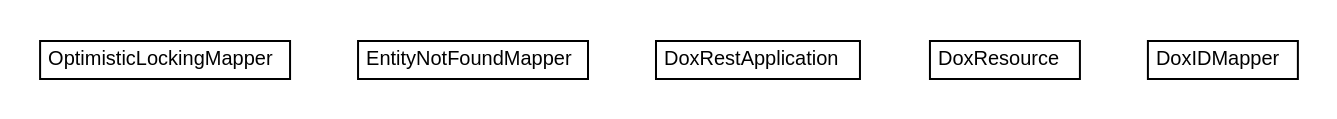
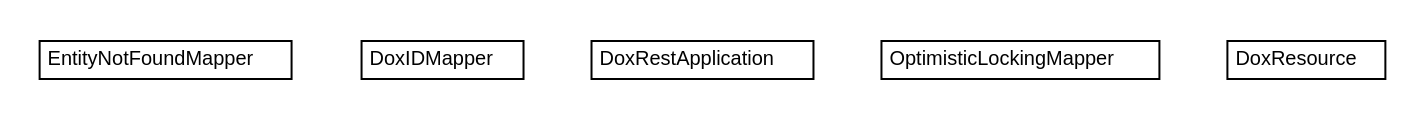
One commit to trajano/doxdb changed the diagram in doxdb-rest/apidocs/net/trajano/doxdb/rest/net.trajano.doxdb.rest.dot. Above: the diagram before and after it, drawn with Graphviz. The commit also changed 313 other files, not shown here.

```diff
--- a/doxdb-rest/apidocs/net/trajano/doxdb/rest/net.trajano.doxdb.rest.dot
+++ b/doxdb-rest/apidocs/net/trajano/doxdb/rest/net.trajano.doxdb.rest.dot
@@ -1,42 +1,42 @@
 #!/usr/local/bin/dot
 #
 # Class diagram 
 # Generated by UMLGraph version R5_6-24-gf6e263 (http://www.umlgraph.org/)
 #
 
 digraph G {
-	edge [fontname="arial",fontsize=10,labelfontname="arial",labelfontsize=10];
-	node [fontname="arial",fontsize=10,shape=plaintext];
+	edge [fontname="Helvetica",fontsize=10,labelfontname="Helvetica",labelfontsize=10];
+	node [fontname="Helvetica",fontsize=10,shape=plaintext];
 	nodesep=0.25;
 	ranksep=0.5;
+	// net.trajano.doxdb.rest.EntityNotFoundMapper
+	c156 [label=<<table title="net.trajano.doxdb.rest.EntityNotFoundMapper" border="0" cellborder="1" cellspacing="0" cellpadding="2" port="p" href="./EntityNotFoundMapper.html">
+		<tr><td><table border="0" cellspacing="0" cellpadding="1">
+<tr><td align="center" balign="center"> EntityNotFoundMapper </td></tr>
+		</table></td></tr>
+		</table>>, URL="./EntityNotFoundMapper.html", fontname="Helvetica", fontcolor="black", fontsize=10.0];
+	// net.trajano.doxdb.rest.DoxIDMapper
+	c157 [label=<<table title="net.trajano.doxdb.rest.DoxIDMapper" border="0" cellborder="1" cellspacing="0" cellpadding="2" port="p" href="./DoxIDMapper.html">
+		<tr><td><table border="0" cellspacing="0" cellpadding="1">
+<tr><td align="center" balign="center"> DoxIDMapper </td></tr>
+		</table></td></tr>
+		</table>>, URL="./DoxIDMapper.html", fontname="Helvetica", fontcolor="black", fontsize=10.0];
+	// net.trajano.doxdb.rest.DoxRestApplication
+	c158 [label=<<table title="net.trajano.doxdb.rest.DoxRestApplication" border="0" cellborder="1" cellspacing="0" cellpadding="2" port="p" href="./DoxRestApplication.html">
+		<tr><td><table border="0" cellspacing="0" cellpadding="1">
+<tr><td align="center" balign="center"> DoxRestApplication </td></tr>
+		</table></td></tr>
+		</table>>, URL="./DoxRestApplication.html", fontname="Helvetica", fontcolor="black", fontsize=10.0];
 	// net.trajano.doxdb.rest.OptimisticLockingMapper
-	c197 [label=<<table title="net.trajano.doxdb.rest.OptimisticLockingMapper" border="0" cellborder="1" cellspacing="0" cellpadding="2" port="p" href="./OptimisticLockingMapper.html">
+	c159 [label=<<table title="net.trajano.doxdb.rest.OptimisticLockingMapper" border="0" cellborder="1" cellspacing="0" cellpadding="2" port="p" href="./OptimisticLockingMapper.html">
 		<tr><td><table border="0" cellspacing="0" cellpadding="1">
 <tr><td align="center" balign="center"> OptimisticLockingMapper </td></tr>
 		</table></td></tr>
-		</table>>, URL="./OptimisticLockingMapper.html", fontname="arial", fontcolor="black", fontsize=10.0];
-	// net.trajano.doxdb.rest.EntityNotFoundMapper
-	c198 [label=<<table title="net.trajano.doxdb.rest.EntityNotFoundMapper" border="0" cellborder="1" cellspacing="0" cellpadding="2" port="p" href="./EntityNotFoundMapper.html">
-		<tr><td><table border="0" cellspacing="0" cellpadding="1">
-<tr><td align="center" balign="center"> EntityNotFoundMapper </td></tr>
-		</table></td></tr>
-		</table>>, URL="./EntityNotFoundMapper.html", fontname="arial", fontcolor="black", fontsize=10.0];
-	// net.trajano.doxdb.rest.DoxRestApplication
-	c199 [label=<<table title="net.trajano.doxdb.rest.DoxRestApplication" border="0" cellborder="1" cellspacing="0" cellpadding="2" port="p" href="./DoxRestApplication.html">
-		<tr><td><table border="0" cellspacing="0" cellpadding="1">
-<tr><td align="center" balign="center"> DoxRestApplication </td></tr>
-		</table></td></tr>
-		</table>>, URL="./DoxRestApplication.html", fontname="arial", fontcolor="black", fontsize=10.0];
+		</table>>, URL="./OptimisticLockingMapper.html", fontname="Helvetica", fontcolor="black", fontsize=10.0];
 	// net.trajano.doxdb.rest.DoxResource
-	c200 [label=<<table title="net.trajano.doxdb.rest.DoxResource" border="0" cellborder="1" cellspacing="0" cellpadding="2" port="p" href="./DoxResource.html">
+	c160 [label=<<table title="net.trajano.doxdb.rest.DoxResource" border="0" cellborder="1" cellspacing="0" cellpadding="2" port="p" href="./DoxResource.html">
 		<tr><td><table border="0" cellspacing="0" cellpadding="1">
 <tr><td align="center" balign="center"> DoxResource </td></tr>
 		</table></td></tr>
-		</table>>, URL="./DoxResource.html", fontname="arial", fontcolor="black", fontsize=10.0];
-	// net.trajano.doxdb.rest.DoxIDMapper
-	c201 [label=<<table title="net.trajano.doxdb.rest.DoxIDMapper" border="0" cellborder="1" cellspacing="0" cellpadding="2" port="p" href="./DoxIDMapper.html">
-		<tr><td><table border="0" cellspacing="0" cellpadding="1">
-<tr><td align="center" balign="center"> DoxIDMapper </td></tr>
-		</table></td></tr>
-		</table>>, URL="./DoxIDMapper.html", fontname="arial", fontcolor="black", fontsize=10.0];
+		</table>>, URL="./DoxResource.html", fontname="Helvetica", fontcolor="black", fontsize=10.0];
 }
```
